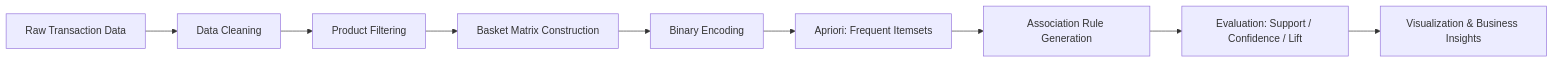
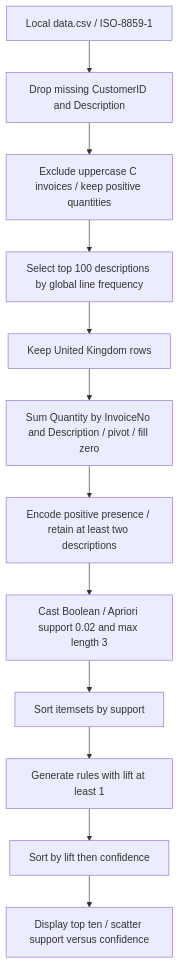
The diagram in README.md (khaled-amireh/Ecommerce-Market-Basket), drawn with Mermaid before and after one commit. The commit also changed other lines of this file, not shown here.

````diff
--- a/README.md
+++ b/README.md
@@ -96,11 +200,14 @@
 ```mermaid
-flowchart LR
-    A[Raw Transaction Data] --> B[Data Cleaning]
-    B --> C[Product Filtering]
-    C --> D[Basket Matrix Construction]
-    D --> E[Binary Encoding]
-    E --> F[Apriori: Frequent Itemsets]
-    F --> G[Association Rule Generation]
-    G --> H[Evaluation: Support / Confidence / Lift]
-    H --> I[Visualization & Business Insights]
+flowchart TD
+    A[Local data.csv / ISO-8859-1] --> B[Drop missing CustomerID and Description]
+    B --> C[Exclude uppercase C invoices / keep positive quantities]
+    C --> D[Select top 100 descriptions by global line frequency]
+    D --> E[Keep United Kingdom rows]
+    E --> F[Sum Quantity by InvoiceNo and Description / pivot / fill zero]
+    F --> G[Encode positive presence / retain at least two descriptions]
+    G --> H[Cast Boolean / Apriori support 0.02 and max length 3]
+    H --> I[Sort itemsets by support]
+    I --> J[Generate rules with lift at least 1]
+    J --> K[Sort by lift then confidence]
+    K --> L[Display top ten / scatter support versus confidence]
 ```
````
